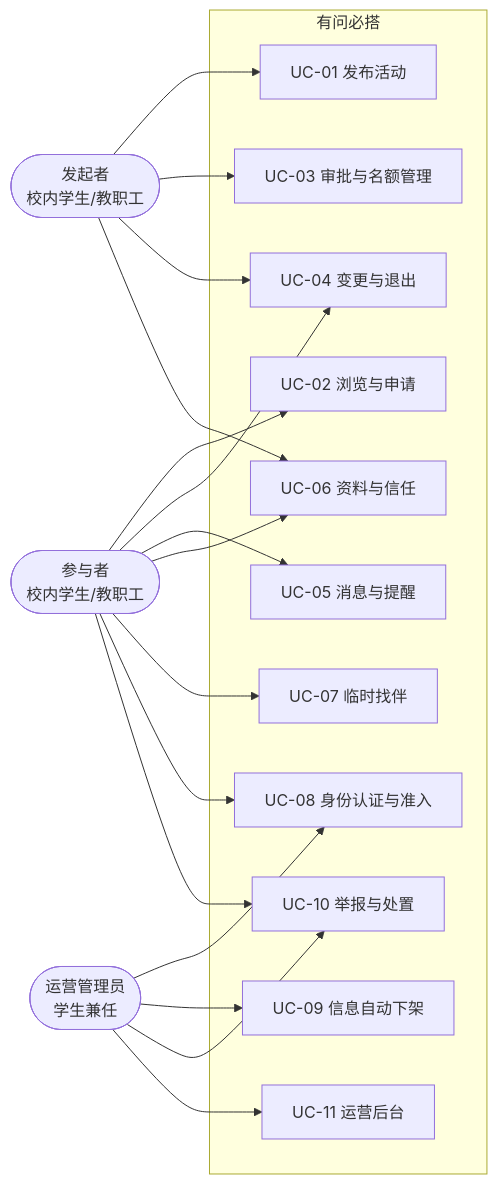
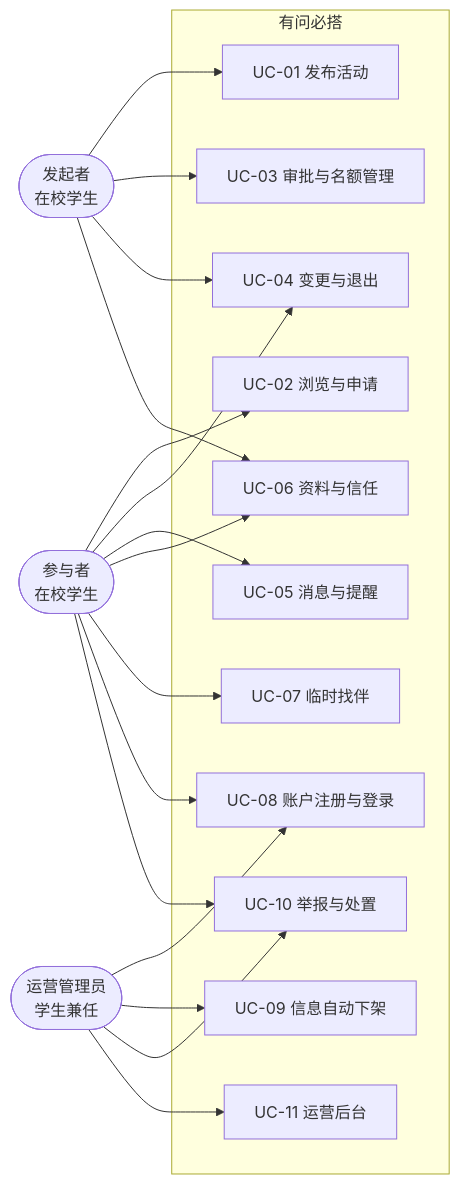
Before and after one commit to regretofice/Ask.Match: the diagram in doc/需求/SRS.md, drawn with Mermaid. The commit also changed other lines of this file and 4 other files, not shown here.

````diff
--- a/doc/需求/SRS.md
+++ b/doc/需求/SRS.md
@@ -126,36 +165,36 @@
 ```mermaid
 flowchart LR
-    P(["参与者<br/>校内学生/教职工"])
-    O(["发起者<br/>校内学生/教职工"])
+    P(["参与者<br/>在校学生"])
+    O(["发起者<br/>在校学生"])
     A(["运营管理员<br/>学生兼任"])
 
     subgraph SYS["有问必搭"]
         UC01["UC-01 发布活动"]
         UC02["UC-02 浏览与申请"]
         UC03["UC-03 审批与名额管理"]
         UC04["UC-04 变更与退出"]
         UC05["UC-05 消息与提醒"]
         UC06["UC-06 资料与信任"]
         UC07["UC-07 临时找伴"]
-        UC08["UC-08 身份认证与准入"]
+        UC08["UC-08 账户注册与登录"]
         UC09["UC-09 信息自动下架"]
         UC10["UC-10 举报与处置"]
         UC11["UC-11 运营后台"]
     end
 
     P --> UC02
     P --> UC04
     P --> UC05
     P --> UC06
     P --> UC07
     P --> UC08
     P --> UC10
     O --> UC01
     O --> UC03
     O --> UC04
     O --> UC06
     A --> UC08
     A --> UC09
     A --> UC10
     A --> UC11
 ```
````
